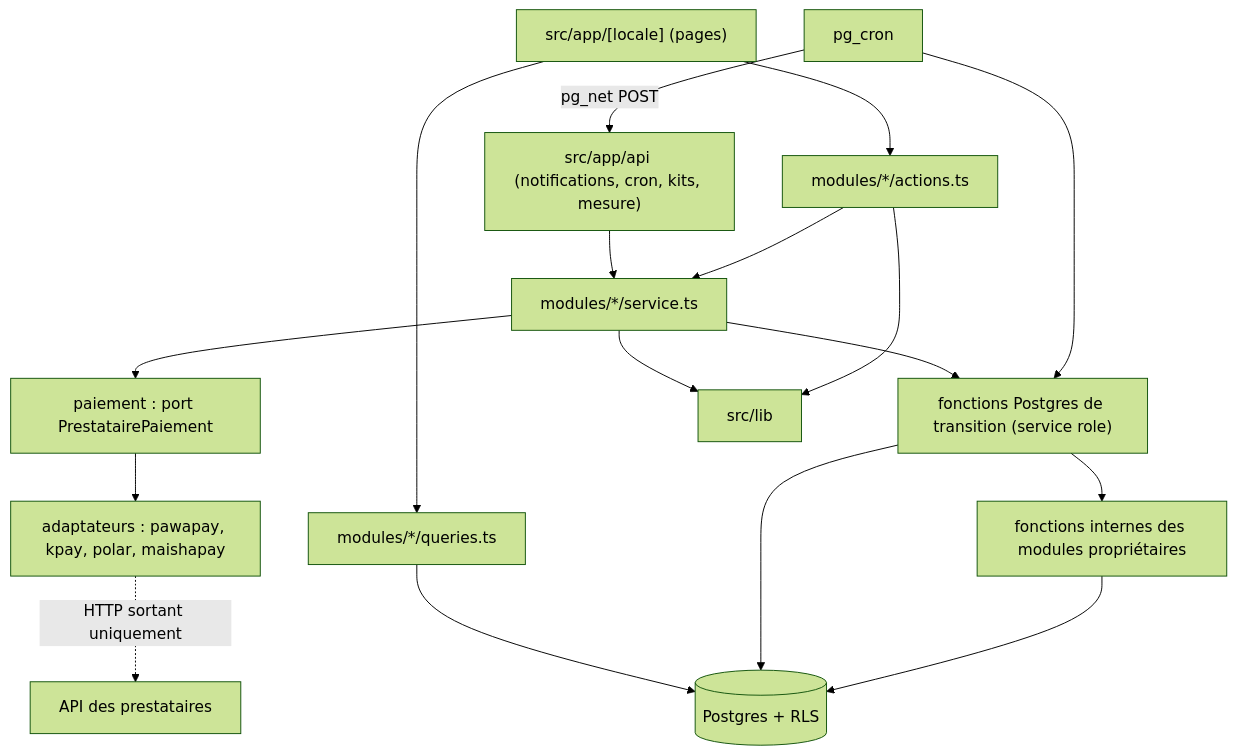
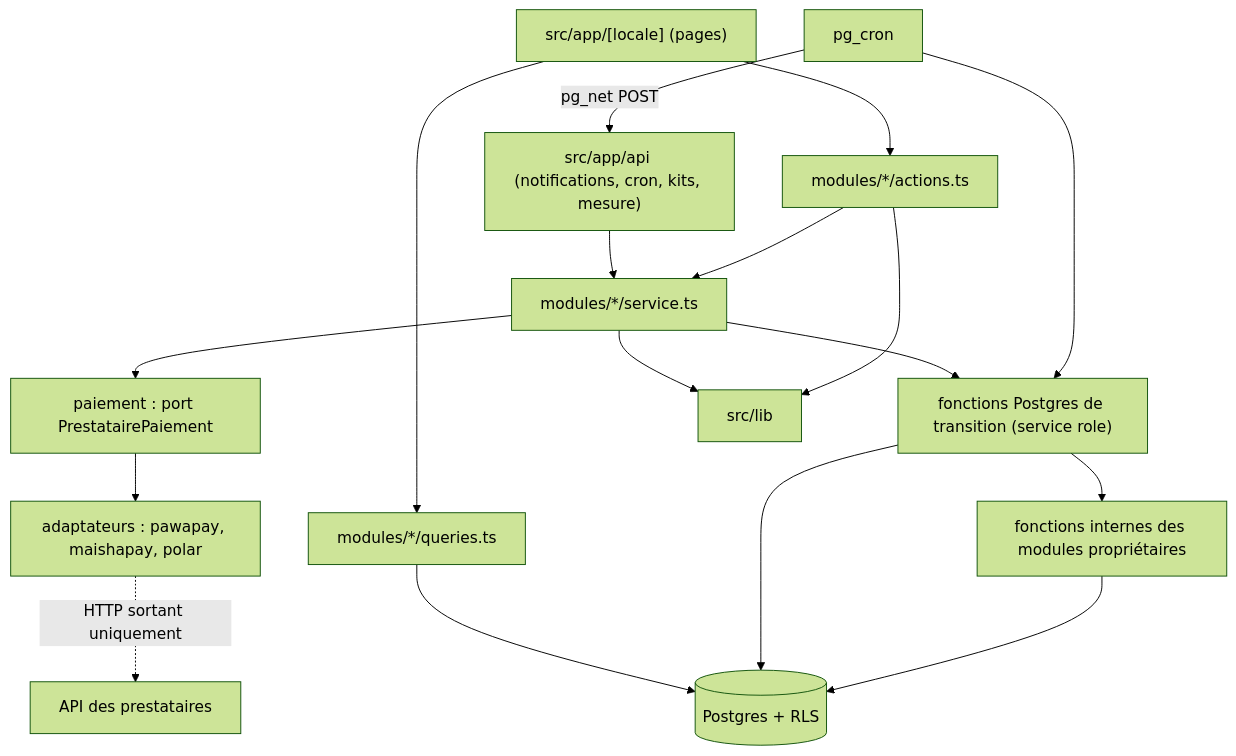
The first of 5 diagrams in _bmad-output/planning-artifacts/architecture/architecture-KOMA SHOP-2026-10-17/ARCHITECTURE-SPINE.md (jokad312/koma), drawn with Mermaid (forest theme) before and after one commit. The commit also changed other lines of this file and 32 other files, not shown here.

````diff
--- a/_bmad-output/planning-artifacts/architecture/architecture-KOMA SHOP-2026-10-17/ARCHITECTURE-SPINE.md
+++ b/_bmad-output/planning-artifacts/architecture/architecture-KOMA SHOP-2026-10-17/ARCHITECTURE-SPINE.md
@@ -39,19 +39,19 @@
 ```mermaid
 flowchart TD
   UI["src/app/[locale] (pages)"] --> ACT["modules/*/actions.ts"]
   UI --> QRY["modules/*/queries.ts"]
   API["src/app/api (notifications, cron, kits, mesure)"] --> SVC["modules/*/service.ts"]
   ACT --> SVC
   SVC --> PORT["paiement : port PrestatairePaiement"]
-  PORT --> ADP["adaptateurs : pawapay, kpay, polar, maishapay"]
+  PORT --> ADP["adaptateurs : pawapay, maishapay, polar"]
   SVC --> RPC["fonctions Postgres de transition (service role)"]
   RPC --> INT["fonctions internes des modules propriétaires"]
   QRY --> DB[("Postgres + RLS")]
   RPC --> DB
   INT --> DB
   SVC --> LIB["src/lib"]
   ACT --> LIB
   ADP -. "HTTP sortant uniquement" .-> EXT["API des prestataires"]
   CRON["pg_cron"] --> RPC
   CRON -- "pg_net POST" --> API
 ```
````
